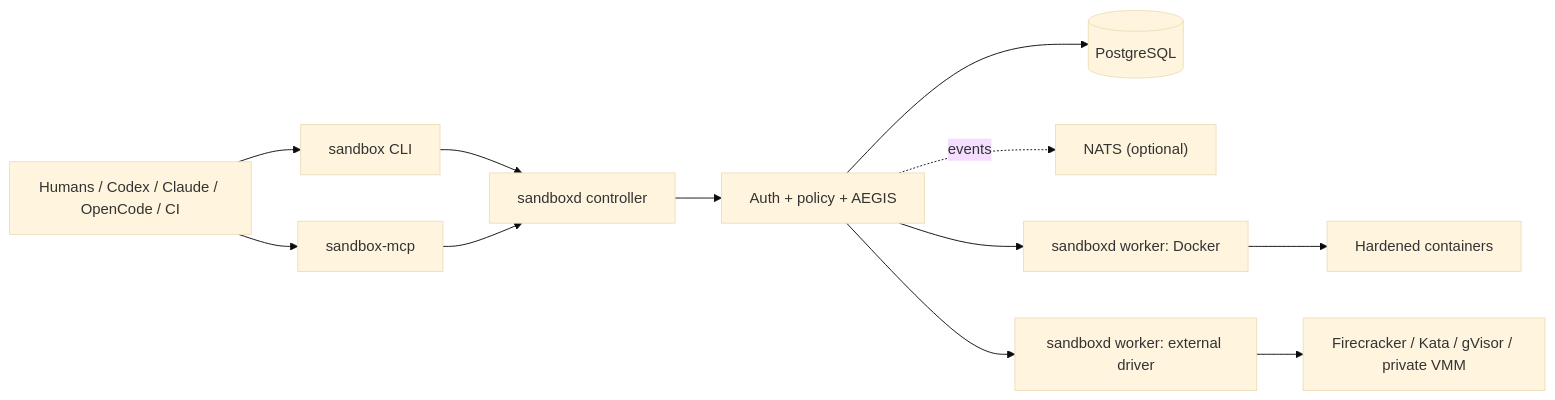
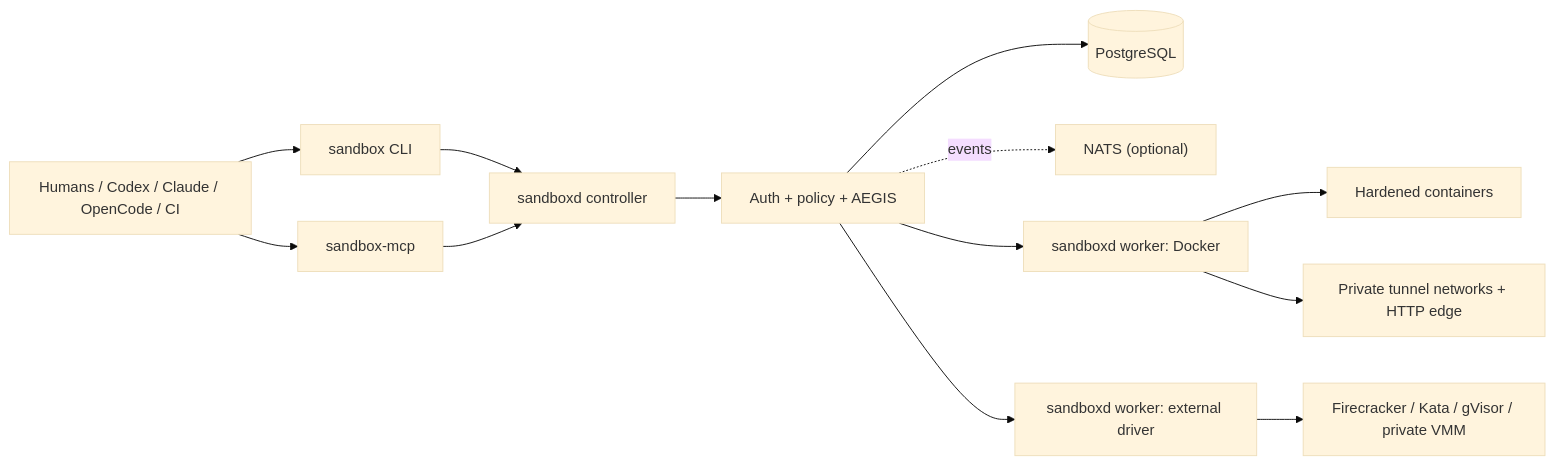
Before and after one commit to bas3line/rool-repo: the diagram in public/docs/sandbox/overview.md, drawn with Mermaid (base theme). The commit also changed other lines of this file and 33 other files, not shown here.

````diff
--- a/public/docs/sandbox/overview.md
+++ b/public/docs/sandbox/overview.md
@@ -98,14 +100,15 @@
 ```mermaid
 flowchart LR
     A["Humans / Codex / Claude / OpenCode / CI"] --> C["sandbox CLI"]
     A --> M["sandbox-mcp"]
     C --> P["sandboxd controller"]
     M --> P
     P --> G["Auth + policy + AEGIS"]
     G --> D[("PostgreSQL")]
     G -. events .-> N["NATS (optional)"]
     G --> W1["sandboxd worker: Docker"]
     G --> W2["sandboxd worker: external driver"]
     W1 --> X["Hardened containers"]
+    W1 --> T["Private tunnel networks + HTTP edge"]
     W2 --> V["Firecracker / Kata / gVisor / private VMM"]
 ```
````
